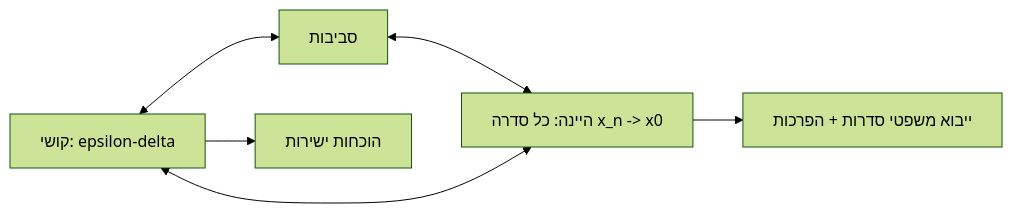
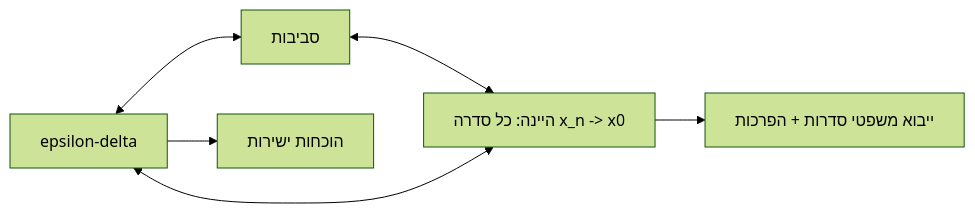
Before and after one commit to Moshiko-Sarig/Calc1-The-Open-University: the diagram in חשבון אינפיסימטלי 1/יחידה 4 - גבולות של פונקציות/גבול של פונקציה בנקודה.md, drawn with Mermaid (forest theme). The commit also changed other lines of this file and 25 other files, not shown here.

````diff
--- a/חשבון אינפיסימטלי 1/יחידה 4 - גבולות של פונקציות/גבול של פונקציה בנקודה.md
+++ b/חשבון אינפיסימטלי 1/יחידה 4 - גבולות של פונקציות/גבול של פונקציה בנקודה.md
@@ -111,8 +111,8 @@
 ```mermaid
 flowchart LR
-    A["קושי: epsilon-delta"] <--> B["סביבות"]
+    A["epsilon-delta"] <--> B["סביבות"]
     B <--> C["היינה: כל סדרה x_n -> x0"]
     C <--> A
     C --> D["ייבוא משפטי סדרות + הפרכות"]
     A --> E["הוכחות ישירות"]
 ```
````
